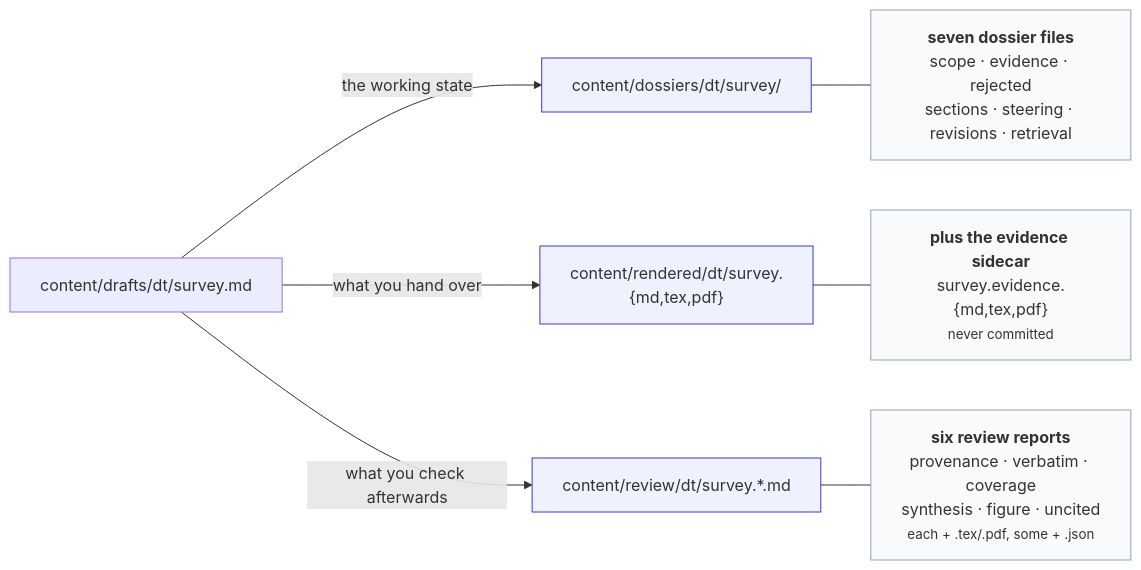
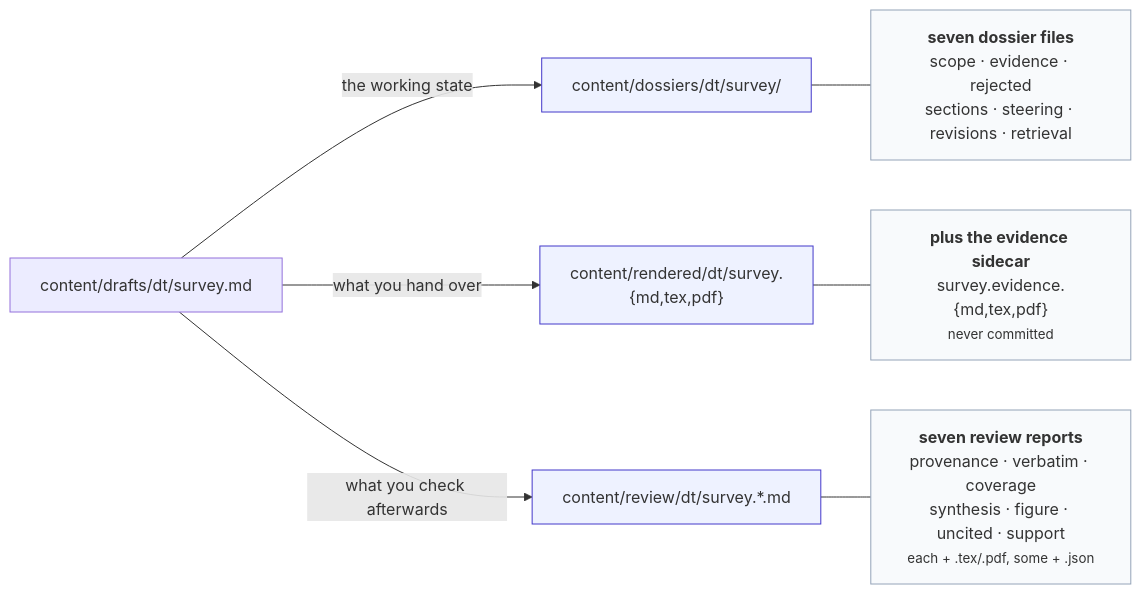
Before and after one commit to prasadtalasila/chitragupta: the third of 3 diagrams in docs/FEATURES.md, drawn with Mermaid. The commit also changed other lines of this file and 19 other files, not shown here.

First line of the commit message:
Document the claim-support aid everywhere the review layer's aid count is checked

````diff
--- a/docs/FEATURES.md
+++ b/docs/FEATURES.md
@@ -189,22 +189,22 @@
 ```mermaid
 flowchart LR
   DR["content/drafts/dt/survey.md"]
   DO["content/dossiers/dt/survey/"]
   RE["content/rendered/dt/survey.{md,tex,pdf}"]
   RV["content/review/dt/survey.*.md"]
 
   DR -->|"the working state"| DO
   DR -->|"what you hand over"| RE
   DR -->|"what you check afterwards"| RV
 
   DO --- N["<b>seven dossier files</b><br/>scope · evidence · rejected<br/>sections · steering · revisions · retrieval"]
   RE --- M["<b>plus the evidence sidecar</b><br/>survey.evidence.{md,tex,pdf}<br/><small>never committed</small>"]
-  RV --- P["<b>six review reports</b><br/>provenance · verbatim · coverage<br/>synthesis · figure · uncited<br/><small>each + .tex/.pdf, some + .json</small>"]
+  RV --- P["<b>seven review reports</b><br/>provenance · verbatim · coverage<br/>synthesis · figure · uncited · support<br/><small>each + .tex/.pdf, some + .json</small>"]
 
   style DO fill:#eef2ff,stroke:#4338ca
   style RE fill:#eef2ff,stroke:#4338ca
   style RV fill:#eef2ff,stroke:#4338ca
   style N fill:#f8fafc,stroke:#94a3b8
   style M fill:#f8fafc,stroke:#94a3b8
   style P fill:#f8fafc,stroke:#94a3b8
 ```
````
